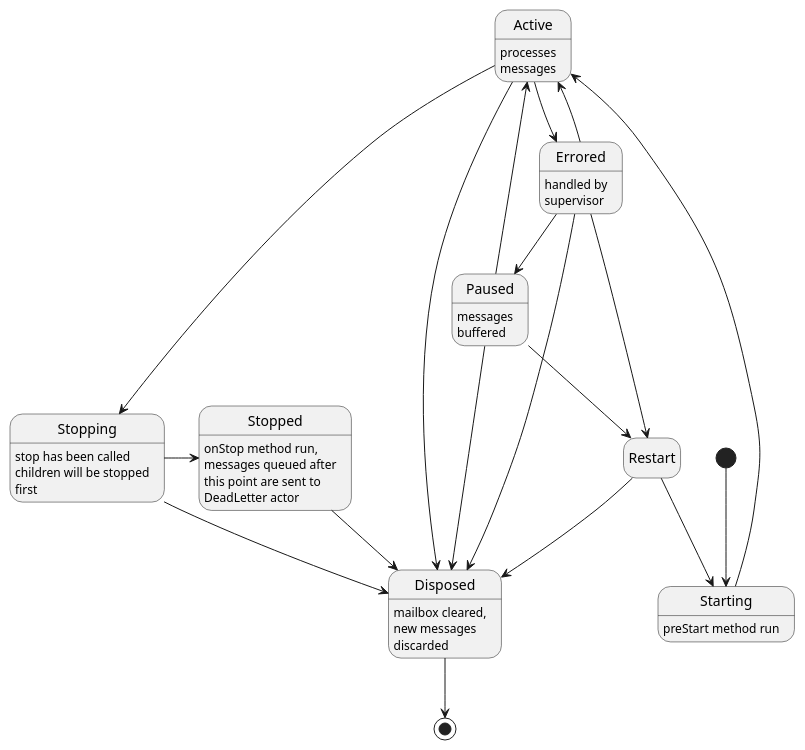
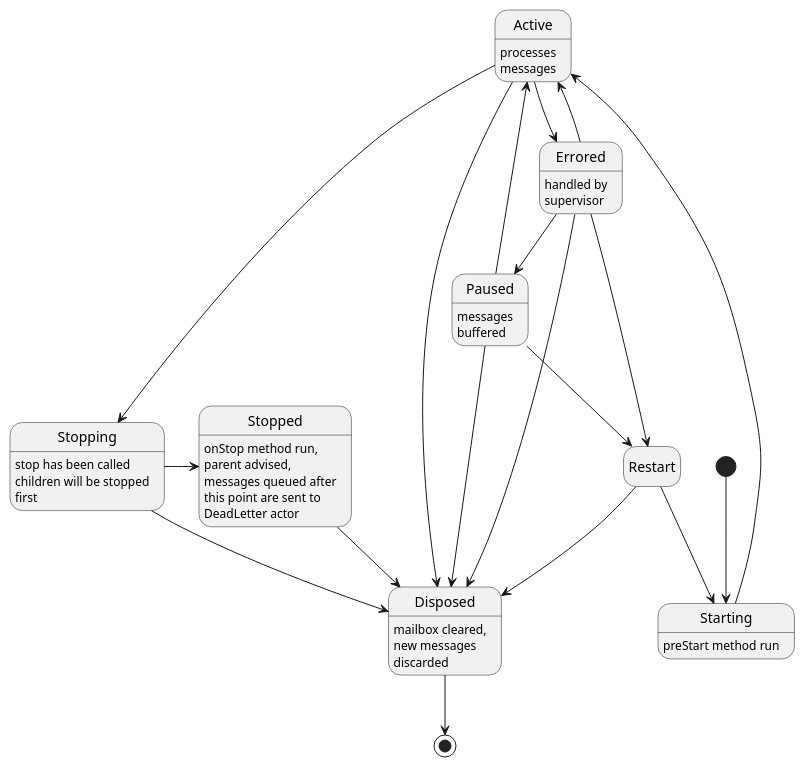
One commit to davidmoten/reels changed the diagram in src/main/plantuml/state-diagram.puml. Above: the diagram before and after it, drawn with PlantUML.

```diff
--- a/src/main/plantuml/state-diagram.puml
+++ b/src/main/plantuml/state-diagram.puml
@@ -1,30 +1,30 @@
 @startuml
 hide empty description
 [*] --> Starting 
 Starting --> Active
 Active --> Stopping
 Stopping -> Stopped
 Active --> Disposed
 Stopping --> Disposed
 Stopped --> Disposed
 Paused --> Restart
 Paused --> Active
 Restart --> Starting
 Paused --> Disposed
 Disposed --> [*]
 Active --> Errored
 Errored --> Active
 Errored --> Disposed
 Errored --> Restart
 Errored --> Paused
 Restart --> Disposed
 
 Active: processes\nmessages
 Stopping: stop has been called\nchildren will be stopped\nfirst
-Stopped: onStop method run,\nmessages queued after\nthis point are sent to\nDeadLetter actor
+Stopped: onStop method run,\nparent advised,\nmessages queued after\nthis point are sent to\nDeadLetter actor
 Paused: messages\nbuffered
 Disposed: mailbox cleared,\nnew messages\ndiscarded
 Errored: handled by\nsupervisor
 Starting: preStart method run
 
 @enduml
```
